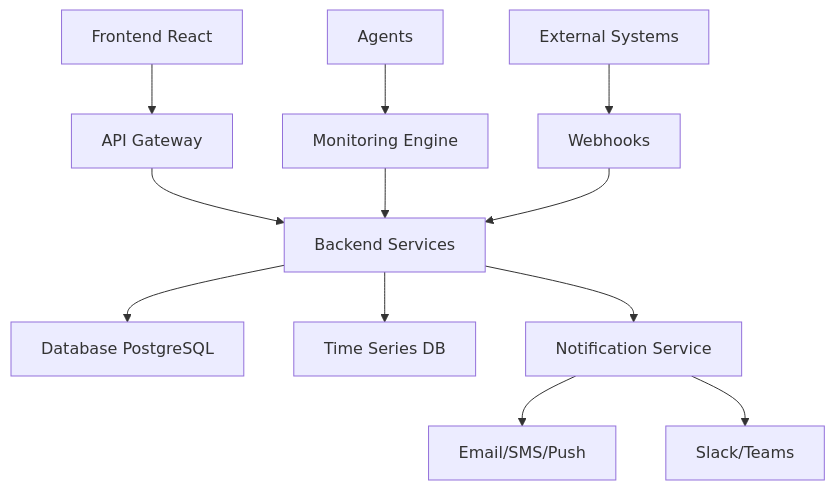
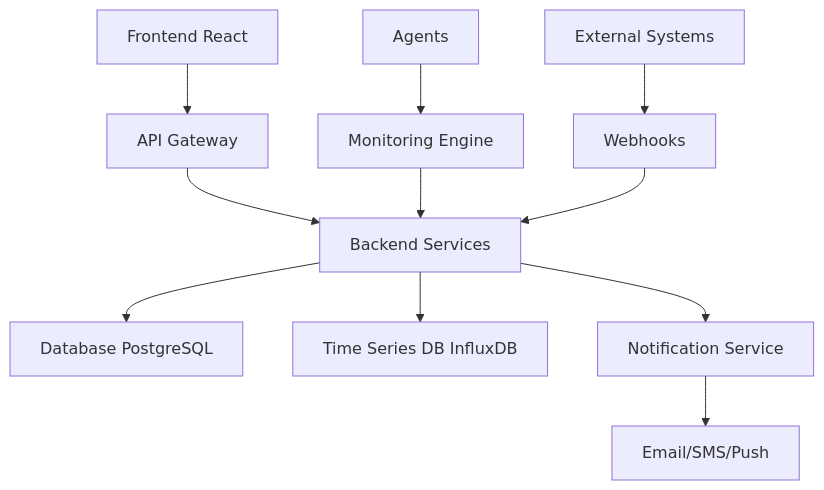
The diagram in docs/index.md (Jofrejaime/infrawatch-docs), drawn with Mermaid before and after one commit. The commit also changed other lines of this file and 2 other files, not shown here.

````diff
--- a/docs/index.md
+++ b/docs/index.md
@@ -45,17 +46,16 @@
 ```mermaid
 graph TB
     A[Frontend React] --> B[API Gateway]
     B --> C[Backend Services]
     C --> D[Database PostgreSQL]
-    C --> E[Time Series DB]
+    C --> E[Time Series DB InfluxDB]
     C --> F[Notification Service]
     
     G[Agents] --> H[Monitoring Engine]
     H --> C
     
     I[External Systems] --> J[Webhooks]
     J --> C
     
     F --> K[Email/SMS/Push]
-    F --> L[Slack/Teams]
 ```
````
